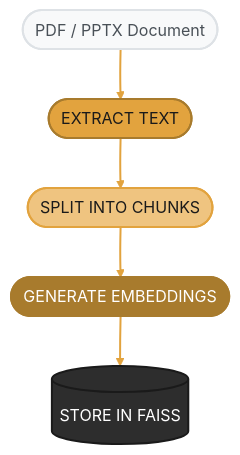
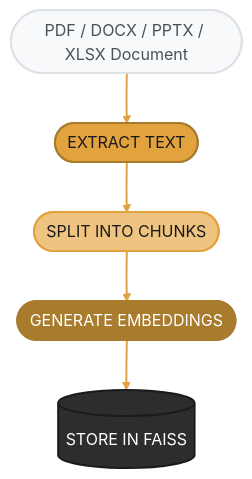
One commit to amd/gaia changed the first of 6 diagrams in docs/sdk/sdks/rag.mdx. Above: the diagram before and after it, drawn with Mermaid. The commit also changed other lines of this file and 9 other files, not shown here.

````diff
--- a/docs/sdk/sdks/rag.mdx
+++ b/docs/sdk/sdks/rag.mdx
@@ -62,16 +69,16 @@
 ```mermaid
 %%{init: {'theme':'base', 'themeVariables': { 'primaryColor':'#E2A33E', 'primaryTextColor':'#1a1a1a', 'primaryBorderColor':'#A87B2D', 'lineColor':'#EFC480', 'secondaryColor':'#2d2d2d', 'tertiaryColor':'#f5f5f5', 'fontFamily': 'system-ui, -apple-system, sans-serif'}}}%%
 flowchart TD
-    A(["PDF / PPTX Document"]) --> B(["EXTRACT TEXT"])
+    A(["PDF / DOCX / PPTX / XLSX Document"]) --> B(["EXTRACT TEXT"])
     B --> C(["SPLIT INTO CHUNKS"])
     C --> D(["GENERATE EMBEDDINGS"])
     D --> E[("STORE IN FAISS")]
 
     style A fill:#f8f9fa,stroke:#dee2e6,stroke-width:2px,color:#495057
     style B fill:#E2A33E,stroke:#A87B2D,stroke-width:2px,color:#1a1a1a
     style C fill:#EFC480,stroke:#E2A33E,stroke-width:2px,color:#1a1a1a
     style D fill:#A87B2D,stroke:#A87B2D,stroke-width:2px,color:#fff
     style E fill:#2d2d2d,stroke:#1a1a1a,stroke-width:2px,color:#fff
 
     linkStyle 0,1,2,3 stroke:#E2A33E,stroke-width:2px
 ```
````
